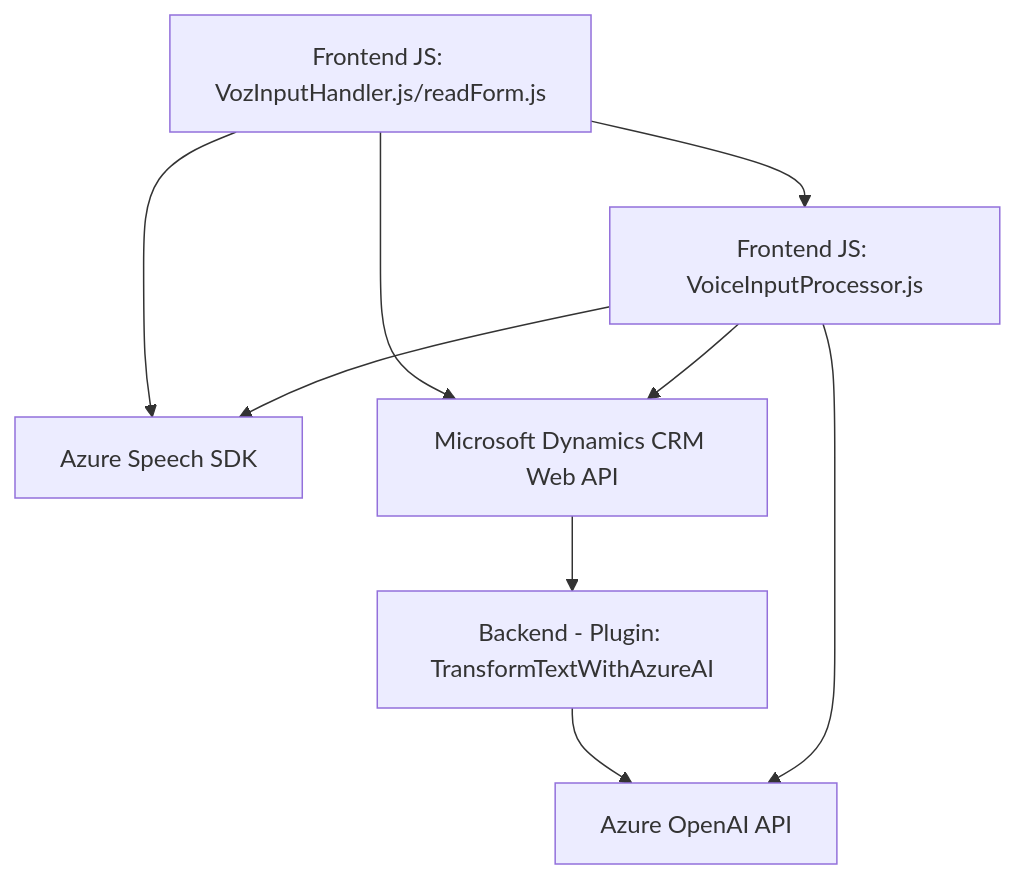
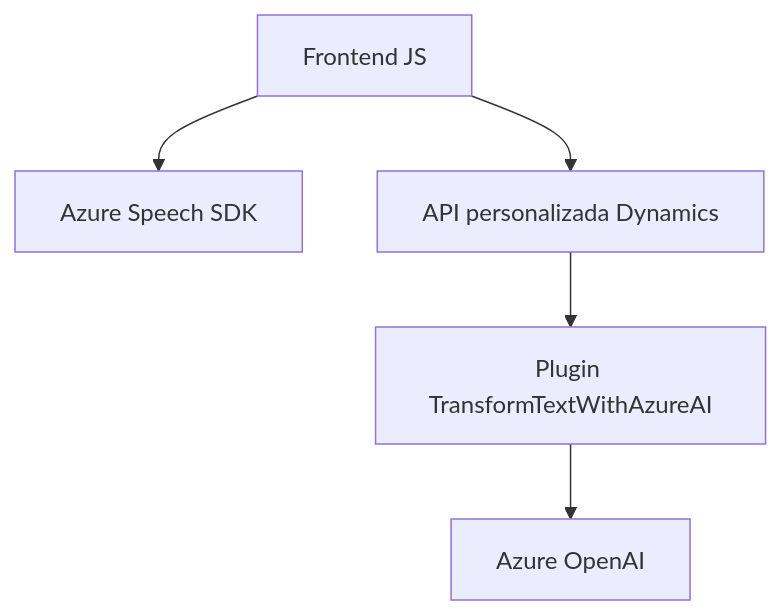
One commit to blopezdm/NETCORE_BILBAO2025 changed the diagram in README.md. Above: the diagram before and after it, drawn with Mermaid. The commit also changed other lines of this file, not shown here.

````diff
--- a/README.md
+++ b/README.md
@@ -40,11 +43,7 @@
 ```mermaid
 graph TD
-    A["Frontend JS: VozInputHandler.js/readForm.js"] --> B["Azure Speech SDK"]
-    A --> C["Microsoft Dynamics CRM Web API"]
-    C --> D["Backend - Plugin: TransformTextWithAzureAI"]
-    D --> E["Azure OpenAI API"]
-    A --> F["Frontend JS: VoiceInputProcessor.js"]
-    F --> C
-    F --> B
-    F --> E
+    A[Frontend JS] --> B["Azure Speech SDK"]
+    A --> C["API personalizada Dynamics"]
+    C --> D["Plugin TransformTextWithAzureAI"]
+    D --> E["Azure OpenAI"]
 ```
````
